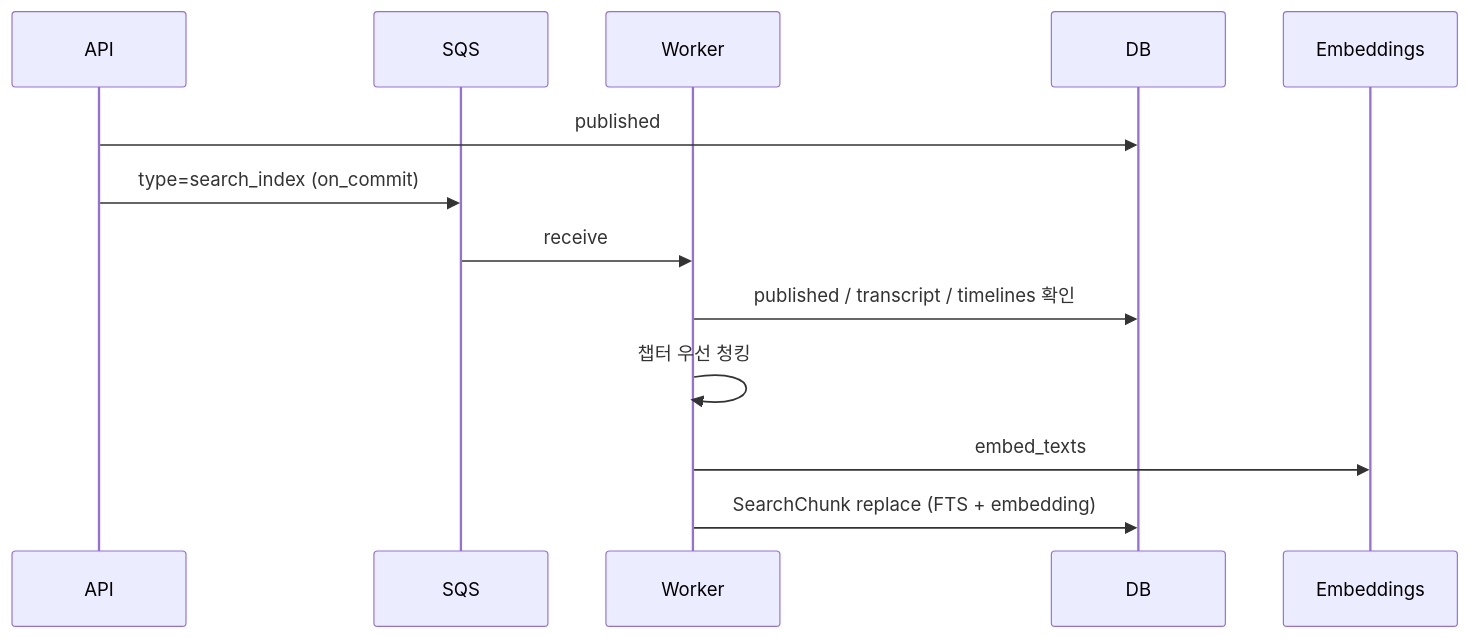
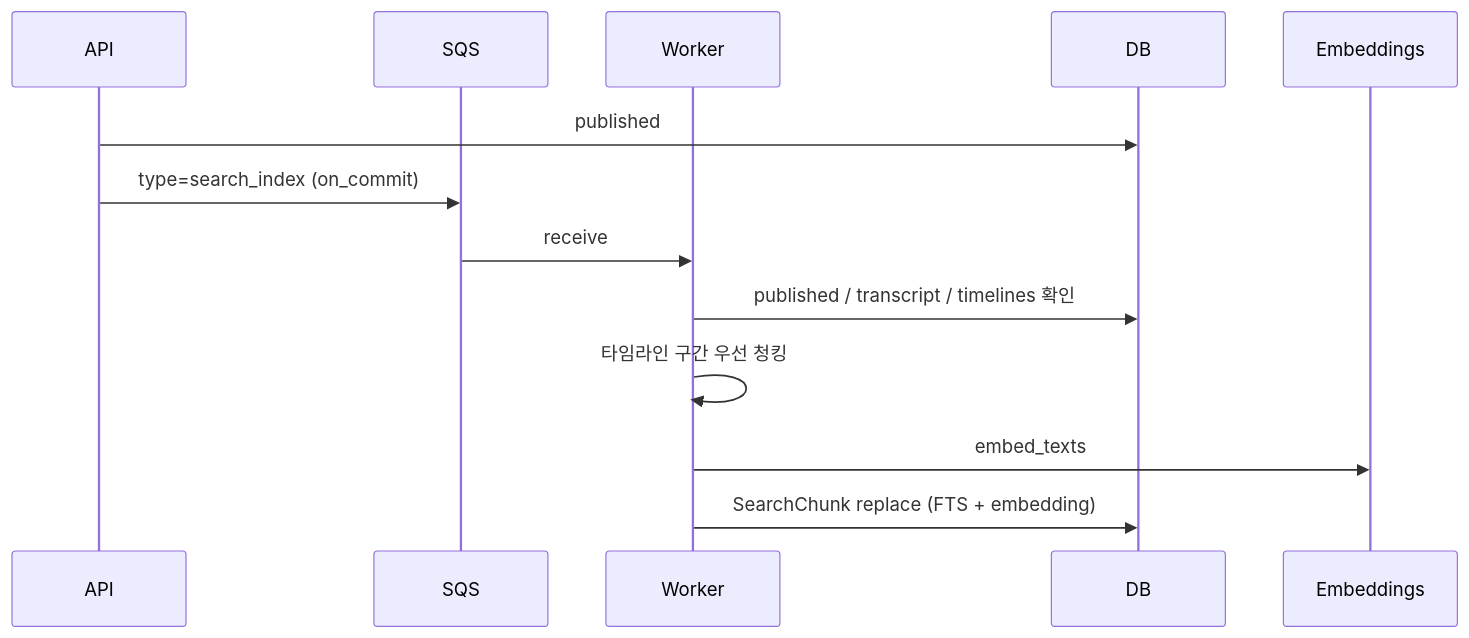
Before and after one commit to DSeung001/dseung001.github.io: the fifth of 7 diagrams in content/posts/2026/08/07/class-s-hybrid-search/index.md, drawn with Mermaid. The commit also changed other lines of this file, not shown here.

````diff
--- a/content/posts/2026/08/07/class-s-hybrid-search/index.md
+++ b/content/posts/2026/08/07/class-s-hybrid-search/index.md
@@ -386,16 +400,16 @@
 ```mermaid
 sequenceDiagram
   participant API
   participant SQS
   participant Worker
   participant DB
   participant Emb as Embeddings
 
   API->>DB: published
   API->>SQS: type=search_index (on_commit)
   SQS->>Worker: receive
   Worker->>DB: published / transcript / timelines 확인
-  Worker->>Worker: 챕터 우선 청킹
+  Worker->>Worker: 타임라인 구간 우선 청킹
   Worker->>Emb: embed_texts
   Worker->>DB: SearchChunk replace (FTS + embedding)
 ```
````
